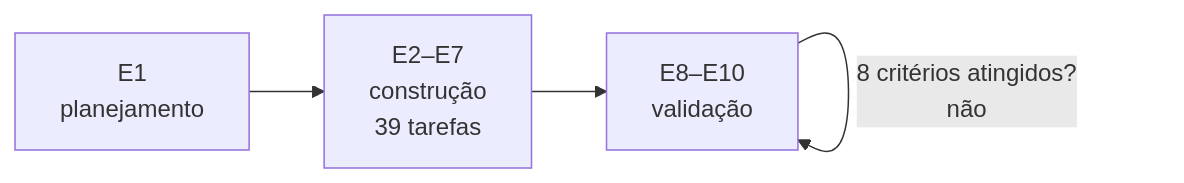
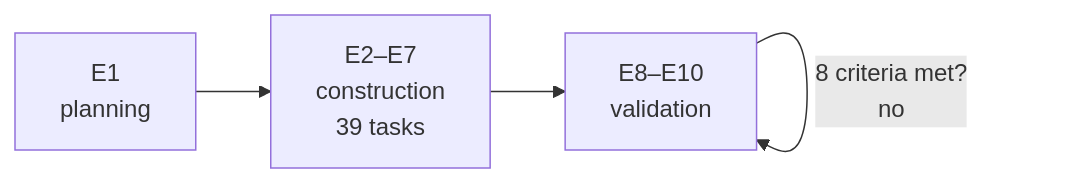
Before and after one commit to enzoconsulo/factory-tcc: the diagram in docs/tasks/en/E1-planning-and-architecture/FAB-104-break-down-the-work-and-define-performance-criteri.md, drawn with Mermaid. The commit also changed other lines of this file and 52 other files, not shown here.

````diff
--- a/docs/tasks/en/E1-planning-and-architecture/FAB-104-break-down-the-work-and-define-performance-criteri.md
+++ b/docs/tasks/en/E1-planning-and-architecture/FAB-104-break-down-the-work-and-define-performance-criteri.md
@@ -11,5 +11,5 @@
 ```mermaid
 flowchart LR
-  P["E1<br/>planejamento"] --> C["E2–E7<br/>construção<br/>39 tarefas"] --> V["E8–E10<br/>validação"]
-  V -- "8 critérios atingidos?<br/>não" --> V
+  P["E1<br/>planning"] --> C["E2–E7<br/>construction<br/>39 tasks"] --> V["E8–E10<br/>validation"]
+  V -- "8 criteria met?<br/>no" --> V
 ```
````
